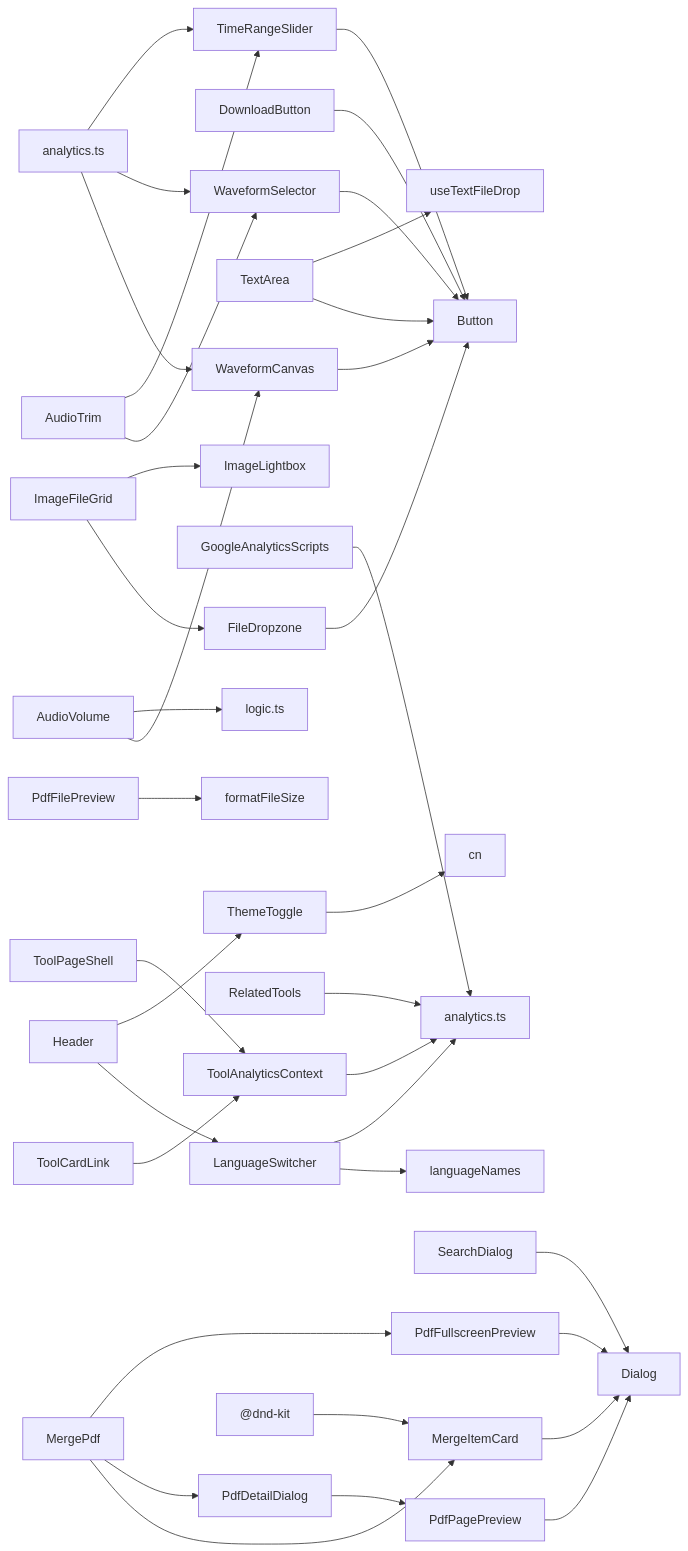
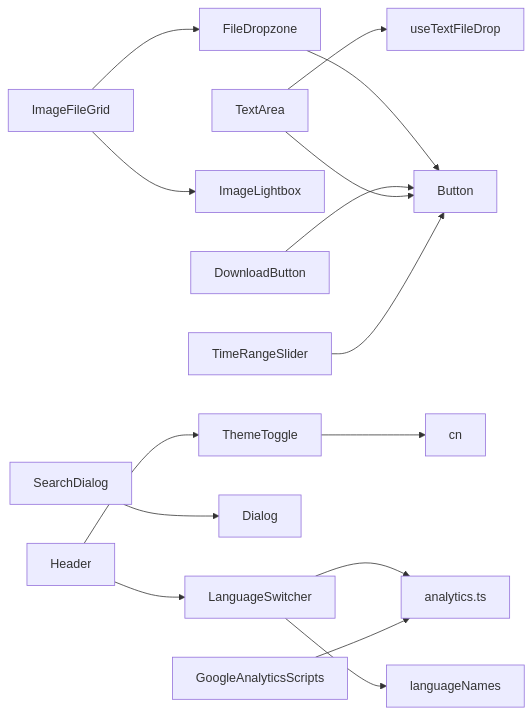
One commit to sgyy/privadeck changed the fifth of 5 diagrams in .qoder/repowiki/zh/content/UI组件系统/共享组件/共享组件.md. Above: the diagram before and after it, drawn with Mermaid. The commit also changed other lines of this file and 48 other files, not shown here.

````diff
--- a/.qoder/repowiki/zh/content/UI组件系统/共享组件/共享组件.md
+++ b/.qoder/repowiki/zh/content/UI组件系统/共享组件/共享组件.md
@@ -1552,39 +748,17 @@
 ```mermaid
 graph LR
 FDZ["FileDropzone"] --> BTN["Button"]
 DLB["DownloadButton"] --> BTN
 IFG["ImageFileGrid"] --> FDZ
 IFG --> ILB["ImageLightbox"]
 TA["TextArea"] --> BTN
 TA --> UTEXT["useTextFileDrop"]
 TT["ThemeToggle"] --> CN["cn"]
 LS["LanguageSwitcher"] --> LANGNAMES["languageNames"]
 LS --> ANALYTICS["analytics.ts"]
 SD["SearchDialog"] --> DLG["Dialog"]
 HDR["Header"] --> LS
 HDR --> TT
 GAS["GoogleAnalyticsScripts"] --> ANALYTICS
 TRS["TimeRangeSlider"] --> BTN
-PFP["PdfFullscreenPreview"] --> DLG
-PFPV["PdfFilePreview"] --> FS["formatFileSize"]
-PPP["PdfPagePreview"] --> DLG
-MIC["MergeItemCard"] --> DLG
-PDD["PdfDetailDialog"] --> PPP
-MPDF["MergePdf"] --> MIC
-MPDF --> PDD
-MPDF --> PFP
-TAC["ToolAnalyticsContext"] --> ANALYTICS
-TCL["ToolCardLink"] --> TAC
-TPS["ToolPageShell"] --> TAC
-RT["RelatedTools"] --> ANALYTICS
-WFC["WaveformCanvas"] --> BTN
-WFS["WaveformSelector"] --> BTN
-AV["AudioVolume"] --> WFC
-AV --> LOGIC["logic.ts"]
-AT["AudioTrim"] --> WFS
-AT --> TRS
-AN["analytics.ts"] --> WFC
-AN --> WFS
-AN --> TRS
-DK["@dnd-kit"] --> MIC
 ```
````
